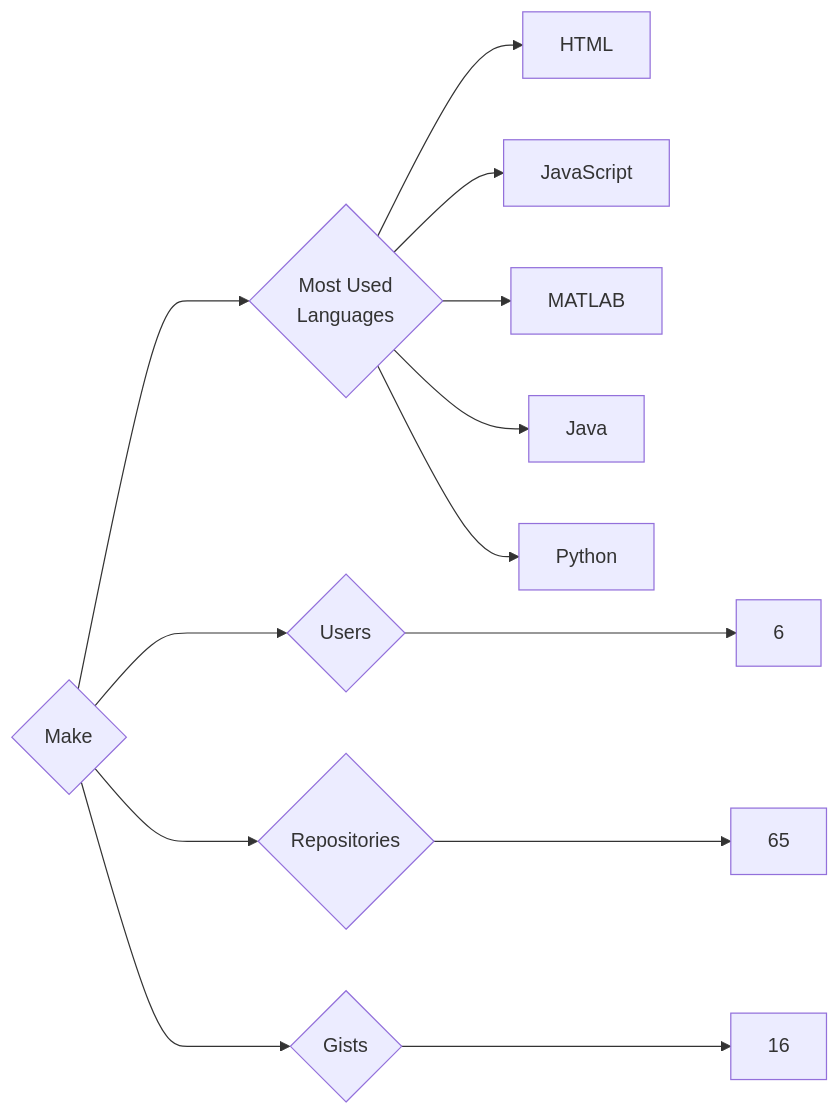
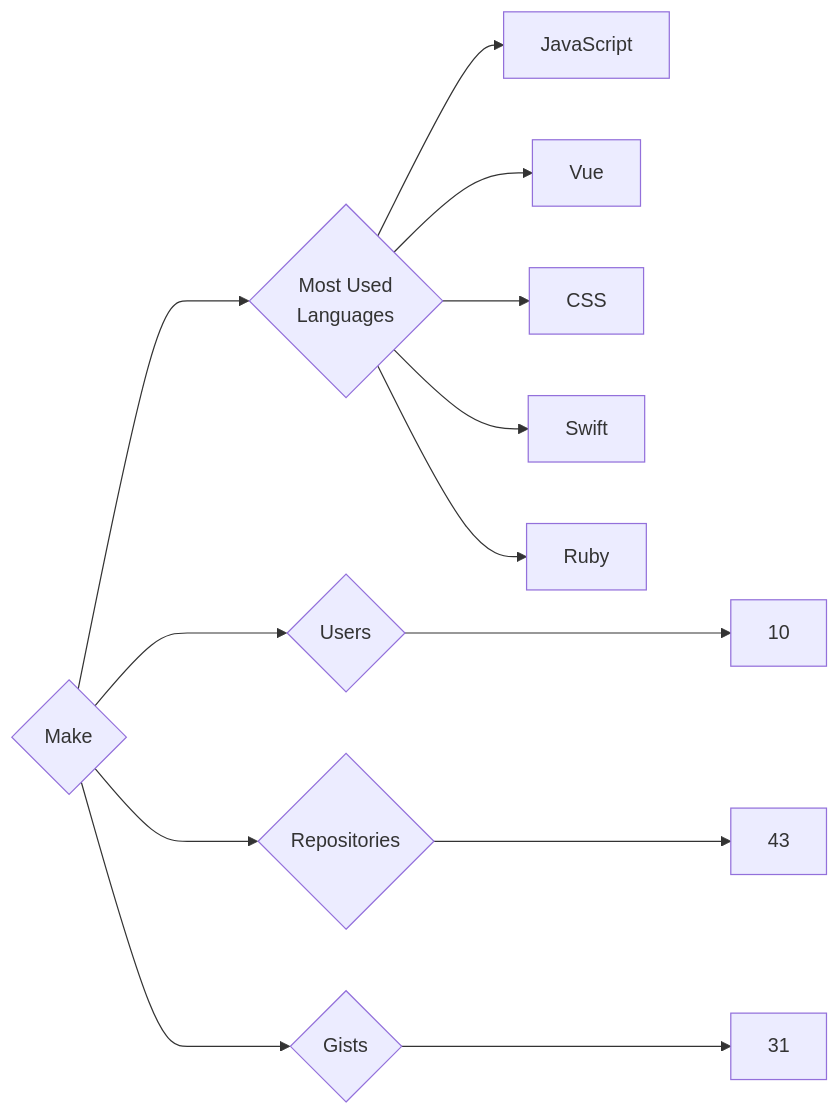
One commit to trickest/insiders changed the diagram in targets/Make/README.md. Above: the diagram before and after it, drawn with Mermaid. The commit also changed 1508 other files, not shown here.

````diff
--- a/targets/Make/README.md
+++ b/targets/Make/README.md
@@ -3,13 +3,13 @@
 ```mermaid
 graph LR
 COMPANY_NAME{Make}
-COMPANY_NAME ---> U{Users} ---> UN[6]
-COMPANY_NAME ---> R{Repositories} ---> RN[65]
-COMPANY_NAME ---> G{Gists} ---> GN[16]
+COMPANY_NAME ---> U{Users} ---> UN[10]
+COMPANY_NAME ---> R{Repositories} ---> RN[43]
+COMPANY_NAME ---> G{Gists} ---> GN[31]
 COMPANY_NAME ---> ML{Most Used<br>Languages}
-ML --> HTML[HTML]
 ML --> JavaScript[JavaScript]
-ML --> MATLAB[MATLAB]
-ML --> Java[Java]
-ML --> Python[Python]
+ML --> Vue[Vue]
+ML --> CSS[CSS]
+ML --> Swift[Swift]
+ML --> Ruby[Ruby]
 ```
````
